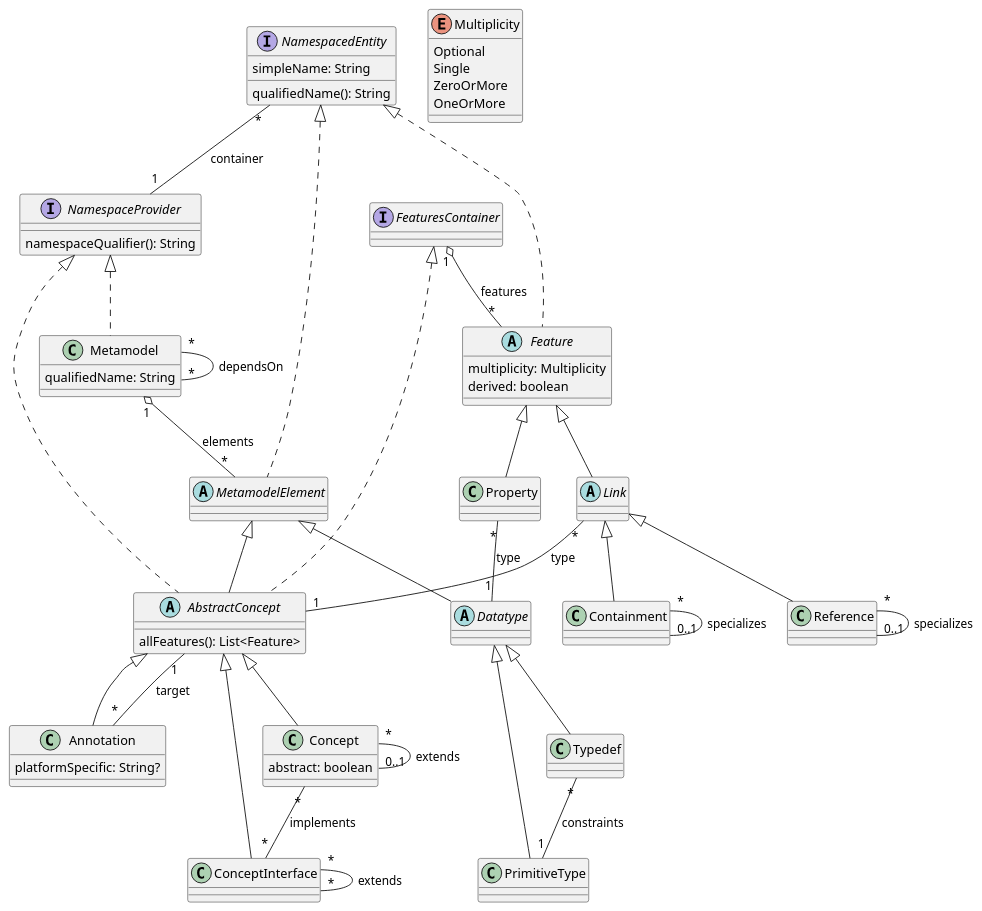
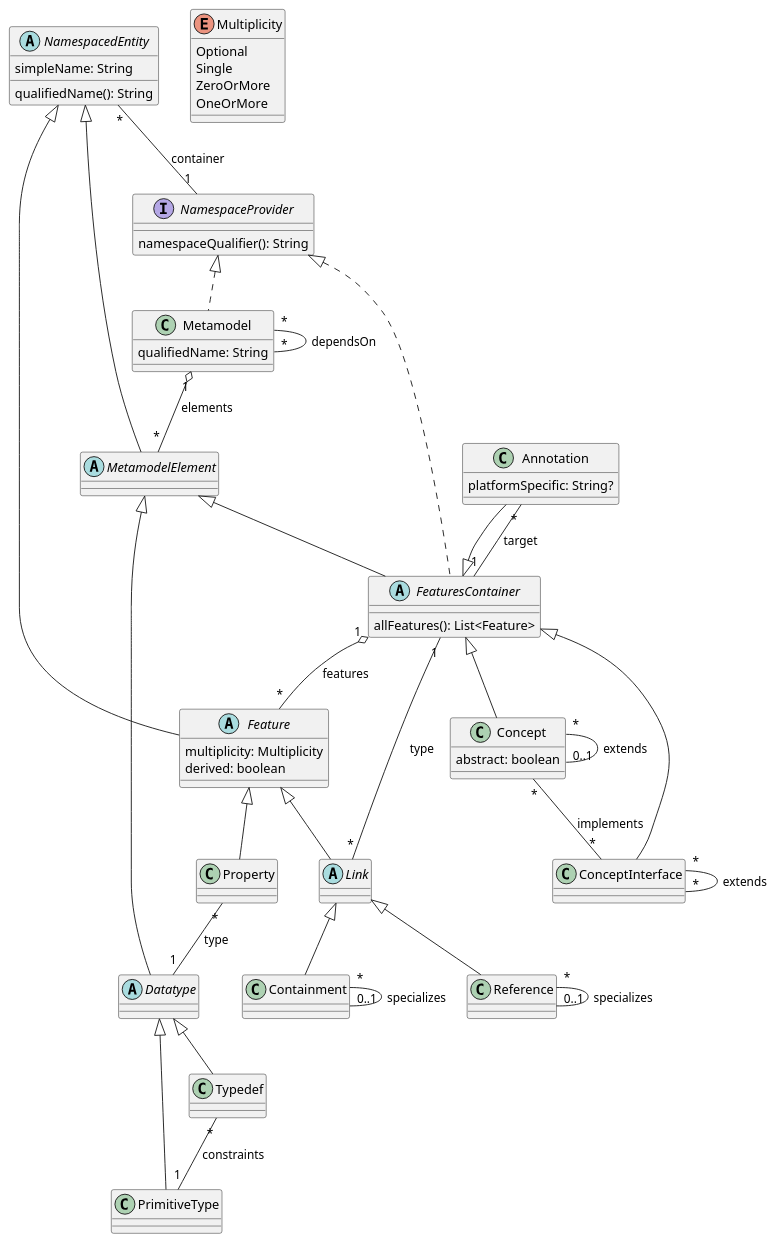
Before and after one commit to LionWeb-io/lionweb-typescript: the diagram in plantUML/metametamodel-target.puml, drawn with PlantUML. The commit also changed 3 other files, not shown here.

Commit message:
propagate proposal AbstractConcept -> FeaturesContainer

```diff
--- a/plantUML/metametamodel-target.puml
+++ b/plantUML/metametamodel-target.puml
@@ -1,96 +1,94 @@
 @startuml
 
 ' qualified name: "lioncore"
 
 
-abstract class AbstractConcept extends MetamodelElement implements FeaturesContainer, NamespaceProvider {
-  allFeatures(): List<Feature>
-}
-
-class Annotation extends AbstractConcept {
+class Annotation extends FeaturesContainer {
   platformSpecific: String?
 }
 
-class Concept extends AbstractConcept {
+class Concept extends FeaturesContainer {
   abstract: boolean
 }
 
-class ConceptInterface extends AbstractConcept
+class ConceptInterface extends FeaturesContainer
 
 class Containment extends Link
 
 abstract class Datatype extends MetamodelElement
 
-abstract class Feature implements NamespacedEntity {
+abstract class Feature extends NamespacedEntity {
   multiplicity: Multiplicity
   derived: boolean
 }
 
-interface FeaturesContainer
+abstract class FeaturesContainer extends MetamodelElement implements NamespaceProvider {
+  allFeatures(): List<Feature>
+}
 
 abstract class Link extends Feature
 
 class Metamodel implements NamespaceProvider {
   qualifiedName: String
 }
 
-abstract class MetamodelElement implements NamespacedEntity
+abstract class MetamodelElement extends NamespacedEntity
 
 enum Multiplicity {
   Optional
   Single
   ZeroOrMore
   OneOrMore
 }
 
 interface NamespaceProvider {
   namespaceQualifier(): String
 }
 
-interface NamespacedEntity {
+abstract class NamespacedEntity {
   simpleName: String
   qualifiedName(): String
 }
 
 class PrimitiveType extends Datatype
 
 class Property extends Feature
 
 class Reference extends Link
 
 ' primitive type: "String"
 
 class Typedef extends Datatype
 
 ' primitive type: "boolean"
 
 
 
 ' relations:
 
-Annotation "*" -- "1" AbstractConcept: target
+Annotation "*" -- "1" FeaturesContainer: target
 
 Concept "*" -- "0..1" Concept: extends
 Concept "*" -- "*" ConceptInterface: implements
 
 ConceptInterface "*" -- "*" ConceptInterface: extends
 
 Containment "*" -- "0..1" Containment: specializes
 
 FeaturesContainer "1" o-- "*" Feature: features
 
-Link "*" -- "1" AbstractConcept: type
+Link "*" -- "1" FeaturesContainer: type
 
 Metamodel "1" o-- "*" MetamodelElement: elements
 Metamodel "*" -- "*" Metamodel: dependsOn
 
 NamespacedEntity "*" -- "1" NamespaceProvider: container
 
 Property "*" -- "1" Datatype: type
 
 Reference "*" -- "0..1" Reference: specializes
 
 Typedef "*" -- "1" PrimitiveType: constraints
 
 
 @enduml
```
